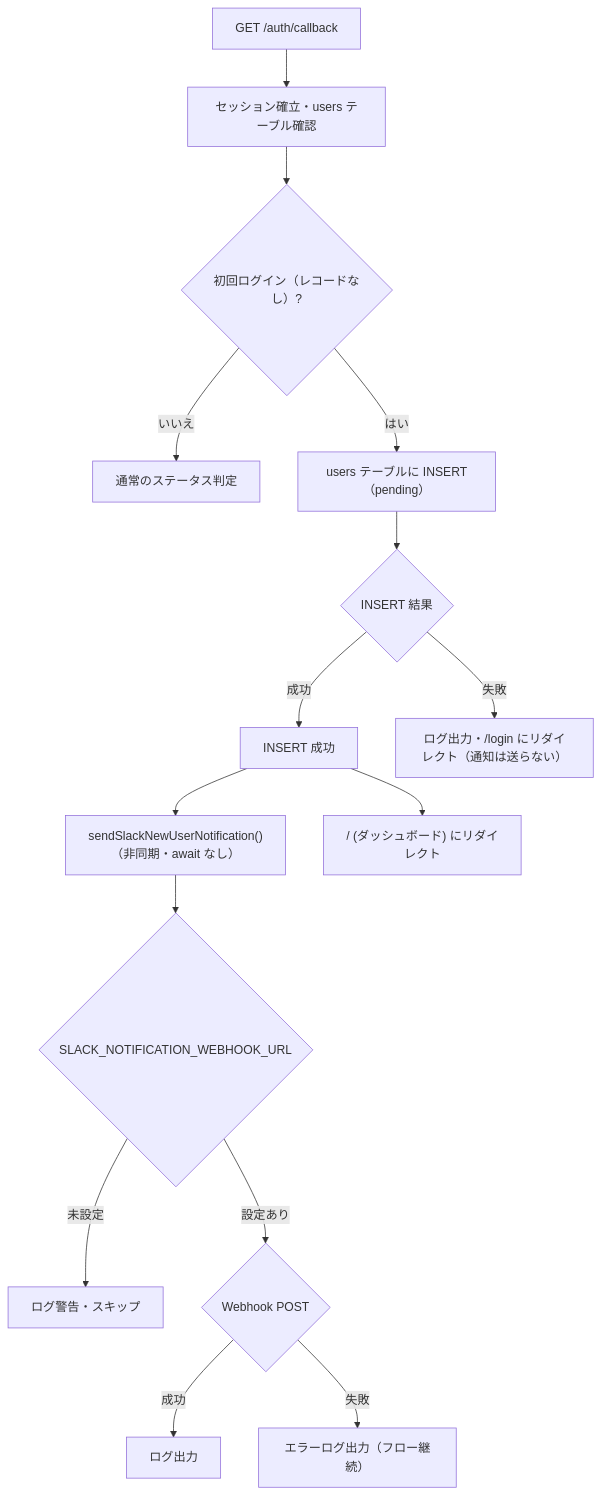
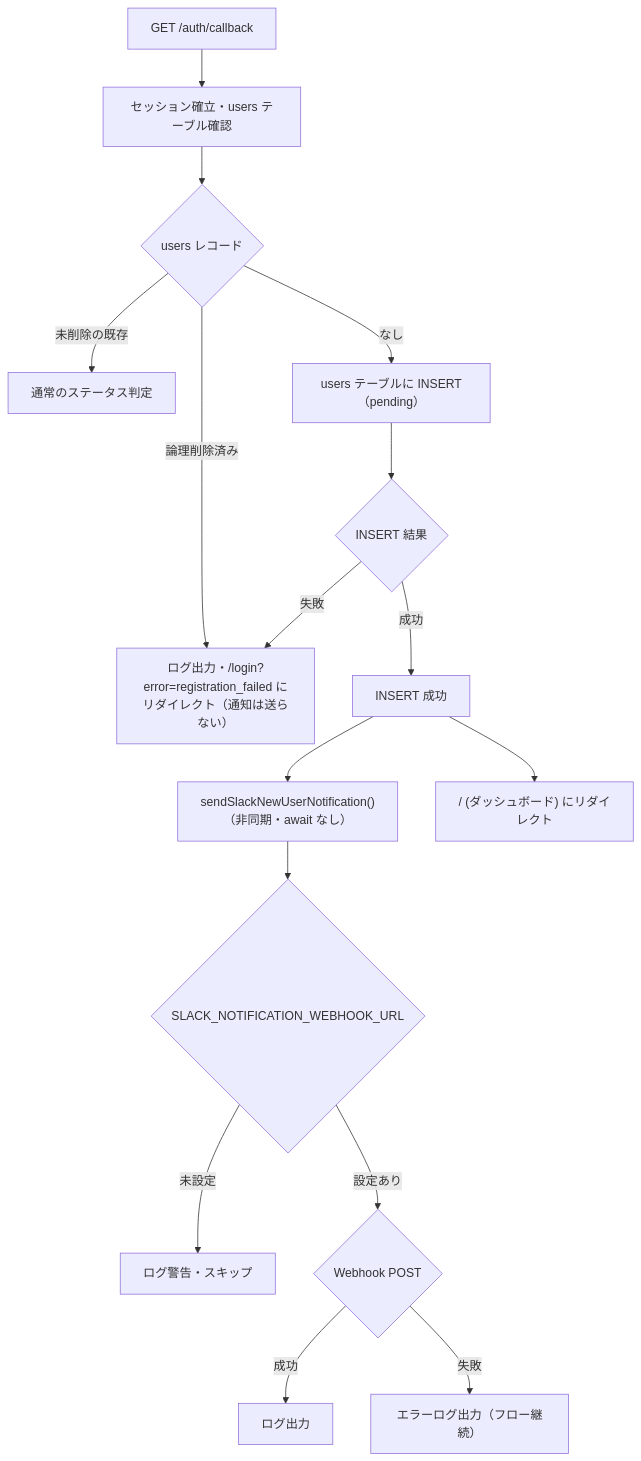
One commit to Singuralitylabs/sinlab-study changed the sixth of 7 diagrams in docs/specification.md. Above: the diagram before and after it, drawn with Mermaid. The commit also changed other lines of this file and 4 other files, not shown here.

First line of the commit message:
fix: OAuthコールバックの users INSERT 失敗時に登録エラーを表示する (#44)

````diff
--- a/docs/specification.md
+++ b/docs/specification.md
@@ -877,17 +883,18 @@
 ```mermaid
 flowchart TD
     A["GET /auth/callback"] --> B["セッション確立・users テーブル確認"]
-    B --> C{初回ログイン（レコードなし）?}
-    C -->|いいえ| Z[通常のステータス判定]
-    C -->|はい| D["users テーブルに INSERT（pending）"]
+    B --> C{users レコード}
+    C -->|未削除の既存| Z[通常のステータス判定]
+    C -->|論理削除済み| Q["ログ出力・/login?error=registration_failed にリダイレクト（通知は送らない）"]
+    C -->|なし| D["users テーブルに INSERT（pending）"]
     D --> E{INSERT 結果}
     E -->|成功| S[INSERT 成功]
     S --> F["sendSlackNewUserNotification()<br/>（非同期・await なし）"]
     S --> P["/ (ダッシュボード) にリダイレクト"]
     F --> G1{SLACK_NOTIFICATION_WEBHOOK_URL}
     G1 -->|未設定| H1[ログ警告・スキップ]
     G1 -->|設定あり| H2{Webhook POST}
     H2 -->|成功| I1[ログ出力]
     H2 -->|失敗| I2["エラーログ出力（フロー継続）"]
-    E -->|失敗| Q["ログ出力・/login にリダイレクト（通知は送らない）"]
+    E -->|失敗| Q
 ```
````
